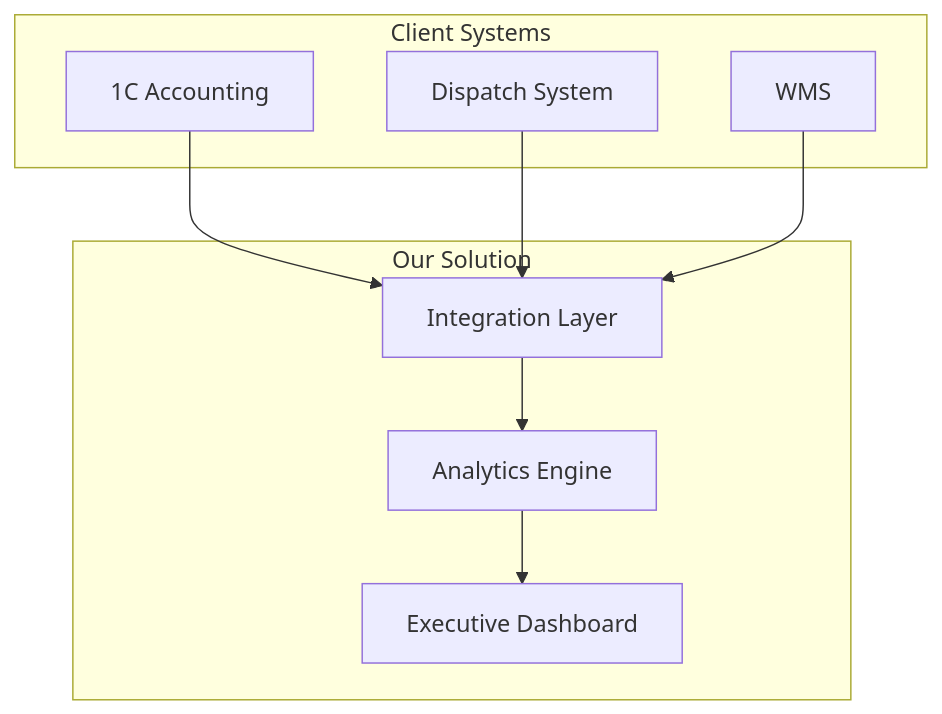
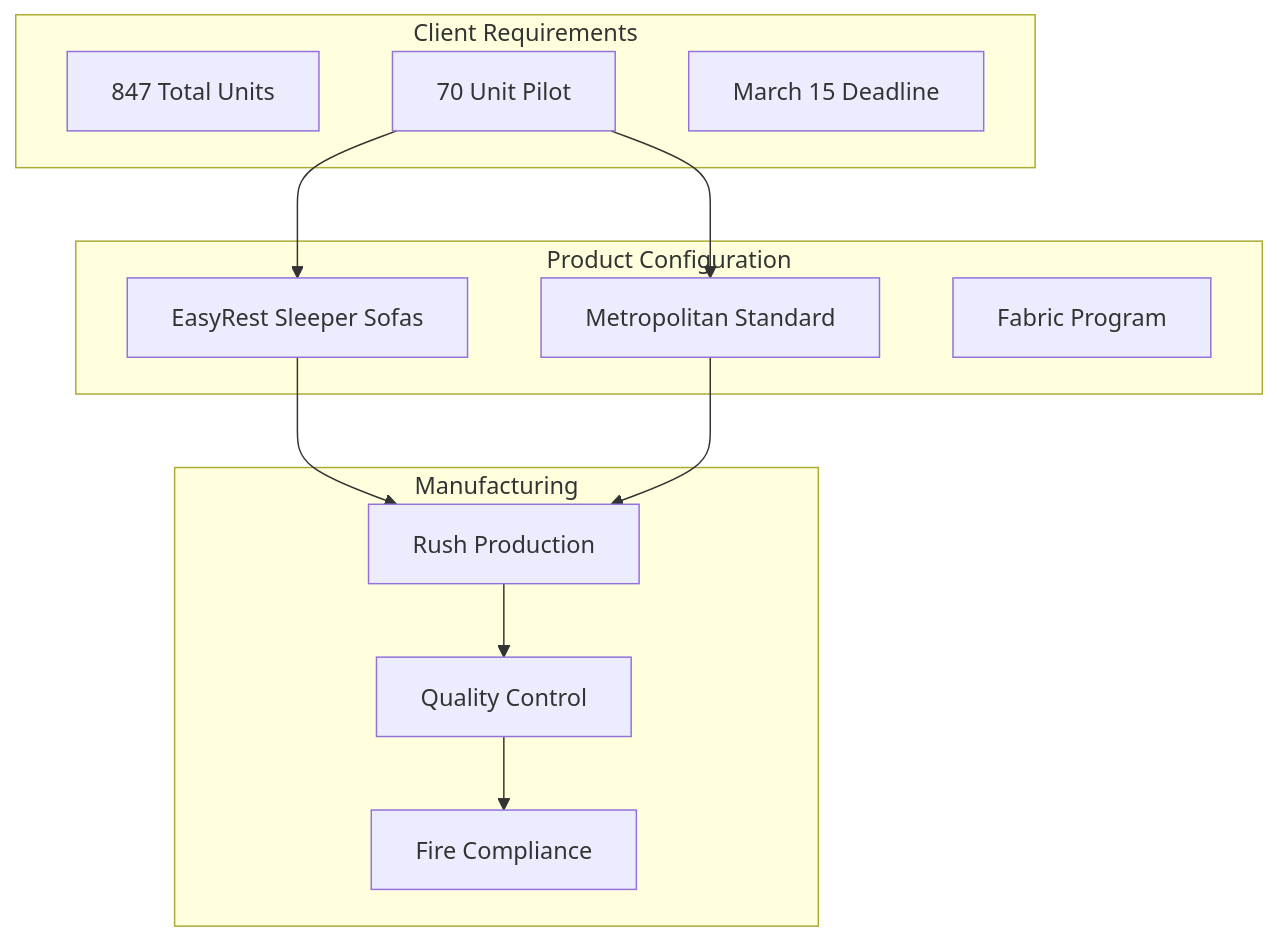
Before and after one commit to vasilievyakov/claude-skill-transcript-to-proposal: the diagram in README.md, drawn with Mermaid. The commit also changed other lines of this file and 9 other files, not shown here.

````diff
--- a/README.md
+++ b/README.md
@@ -109,20 +118,27 @@
 ```mermaid
-graph TD
-    subgraph "Client Systems"
-        A[1C Accounting]
-        B[Dispatch System]
-        C[WMS]
+graph TB
+    subgraph "Client Requirements"
+        R1[847 Total Units]
+        R2[70 Unit Pilot]
+        R3[March 15 Deadline]
     end
 
-    subgraph "Our Solution"
-        D[Integration Layer]
-        E[Analytics Engine]
-        F[Executive Dashboard]
+    subgraph "Product Configuration"
+        P1[EasyRest Sleeper Sofas]
+        P2[Metropolitan Standard]
+        P3[Fabric Program]
     end
 
-    A --> D
-    B --> D
-    C --> D
-    D --> E
-    E --> F
+    subgraph "Manufacturing"
+        M1[Rush Production]
+        M2[Quality Control]
+        M3[Fire Compliance]
+    end
+
+    R2 --> P1
+    R2 --> P2
+    P1 --> M1
+    P2 --> M1
+    M1 --> M2
+    M2 --> M3
 ```
````
